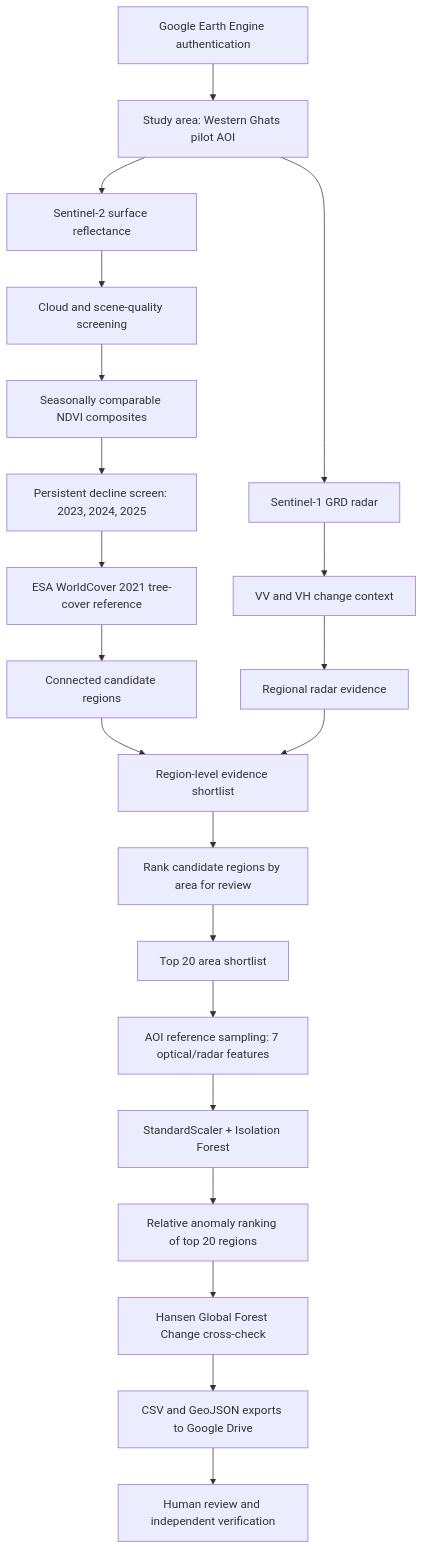
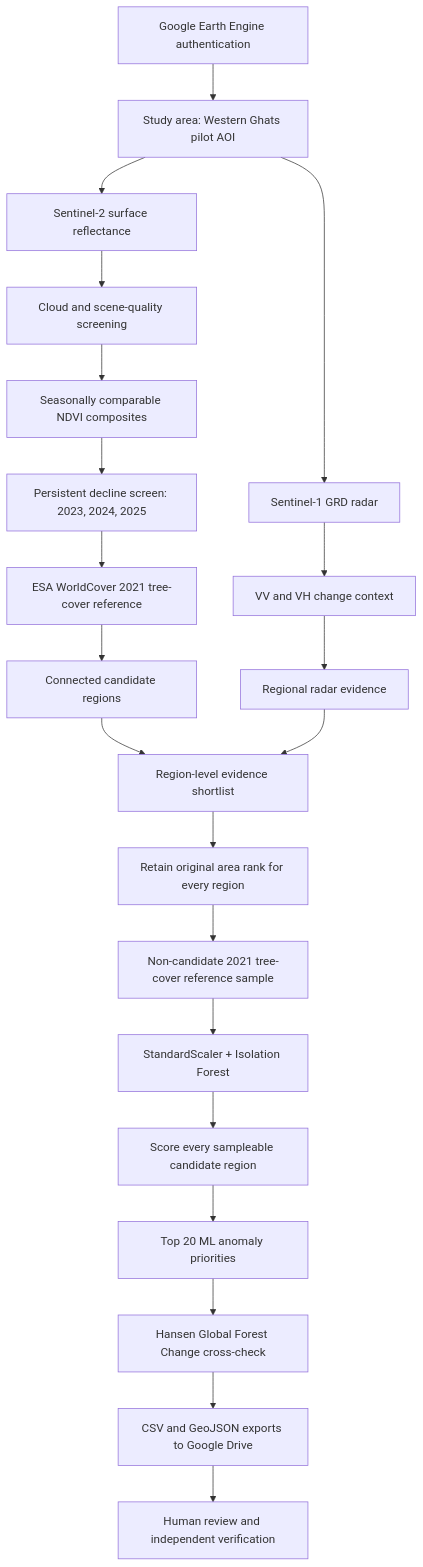
Before and after one commit to manjunathjadav360-rgb/ForestWatch-AI: the diagram in docs/architecture.md, drawn with Mermaid. The commit also changed other lines of this file, not shown here.

Commit message:
Update architecture for full-region ML ranking

````diff
--- a/docs/architecture.md
+++ b/docs/architecture.md
@@ -5,23 +5,23 @@
 ```mermaid
 flowchart TD
     A[Google Earth Engine authentication] --> B[Study area: Western Ghats pilot AOI]
     B --> C[Sentinel-2 surface reflectance]
     B --> D[Sentinel-1 GRD radar]
     C --> E[Cloud and scene-quality screening]
     E --> F[Seasonally comparable NDVI composites]
     F --> G[Persistent decline screen: 2023, 2024, 2025]
     D --> H[VV and VH change context]
     G --> I[ESA WorldCover 2021 tree-cover reference]
     I --> J[Connected candidate regions]
     H --> K[Regional radar evidence]
     J --> L[Region-level evidence shortlist]
     K --> L
-    L --> M[Rank candidate regions by area for review]
-    M --> N[Top 20 area shortlist]
-    N --> O[AOI reference sampling: 7 optical/radar features]
-    O --> P[StandardScaler + Isolation Forest]
-    P --> Q[Relative anomaly ranking of top 20 regions]
+    L --> M[Retain original area rank for every region]
+    M --> N[Non-candidate 2021 tree-cover reference sample]
+    N --> O[StandardScaler + Isolation Forest]
+    O --> P[Score every sampleable candidate region]
+    P --> Q[Top 20 ML anomaly priorities]
     Q --> R[Hansen Global Forest Change cross-check]
     R --> S[CSV and GeoJSON exports to Google Drive]
     S --> T[Human review and independent verification]
 ```
````
